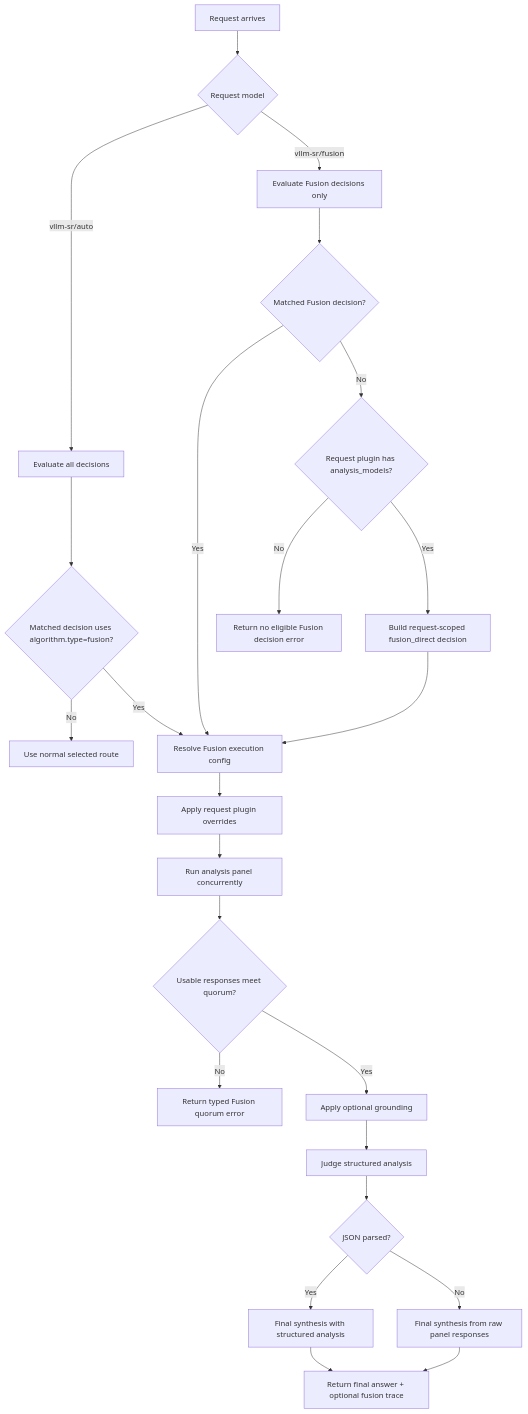
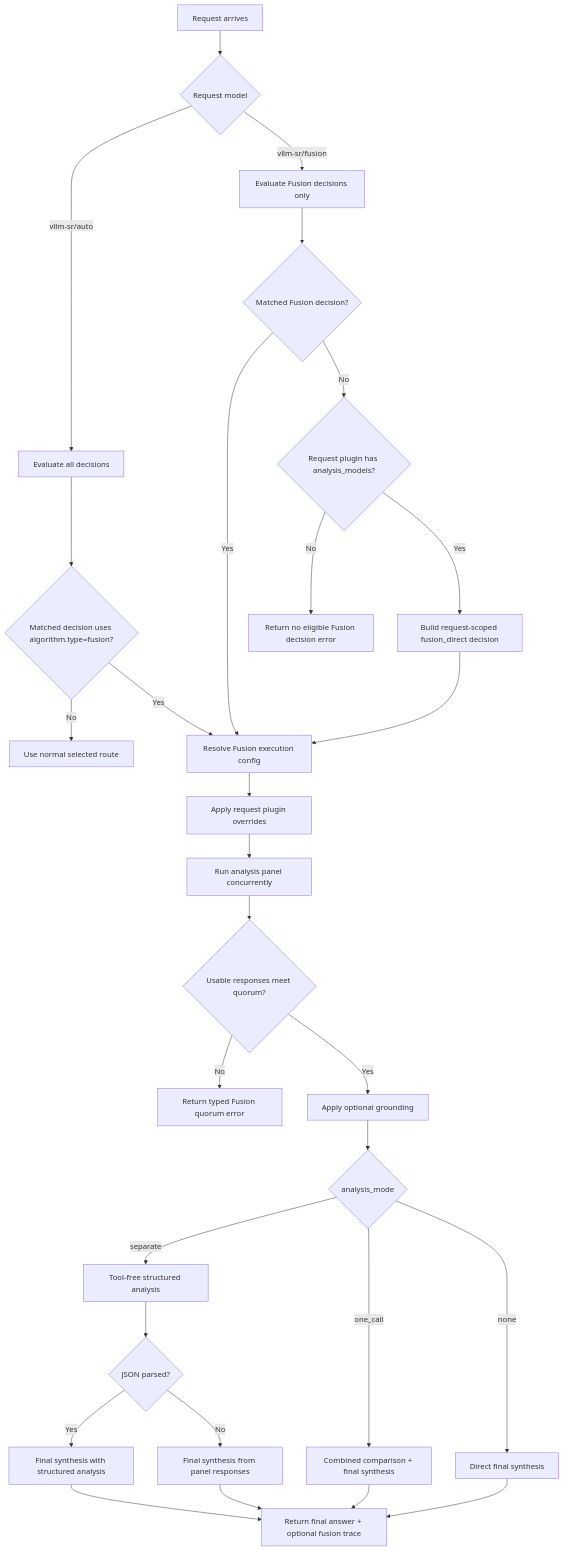
One commit to vllm-project/semantic-router changed the diagram in website/docs/tutorials/algorithm/looper/fusion.md. Above: the diagram before and after it, drawn with Mermaid. The commit also changed other lines of this file and 19 other files, not shown here.

First line of the commit message:
[Feature] Add Fusion analysis execution modes

````diff
--- a/website/docs/tutorials/algorithm/looper/fusion.md
+++ b/website/docs/tutorials/algorithm/looper/fusion.md
@@ -42,26 +52,31 @@
 ```mermaid
 flowchart TD
     A[Request arrives] --> B{Request model}
     B -- vllm-sr/auto --> C[Evaluate all decisions]
     B -- vllm-sr/fusion --> D[Evaluate Fusion decisions only]
     C --> E{Matched decision uses algorithm.type=fusion?}
     D --> F{Matched Fusion decision?}
     E -- No --> G[Use normal selected route]
     E -- Yes --> H[Resolve Fusion execution config]
     F -- Yes --> H
     F -- No --> I{Request plugin has analysis_models?}
     I -- No --> J[Return no eligible Fusion decision error]
     I -- Yes --> K[Build request-scoped fusion_direct decision]
     K --> H
     H --> L[Apply request plugin overrides]
     L --> M[Run analysis panel concurrently]
     M --> N{Usable responses meet quorum?}
     N -- No --> O[Return typed Fusion quorum error]
     N -- Yes --> P[Apply optional grounding]
-    P --> Q[Judge structured analysis]
-    Q --> R{JSON parsed?}
-    R -- Yes --> S[Final synthesis with structured analysis]
-    R -- No --> T[Final synthesis from raw panel responses]
-    S --> U[Return final answer + optional fusion trace]
-    T --> U
+    P --> Q{analysis_mode}
+    Q -- separate --> R[Tool-free structured analysis]
+    R --> S{JSON parsed?}
+    S -- Yes --> T[Final synthesis with structured analysis]
+    S -- No --> U[Final synthesis from panel responses]
+    Q -- one_call --> V[Combined comparison + final synthesis]
+    Q -- none --> W[Direct final synthesis]
+    T --> X[Return final answer + optional fusion trace]
+    U --> X
+    V --> X
+    W --> X
 ```
````
